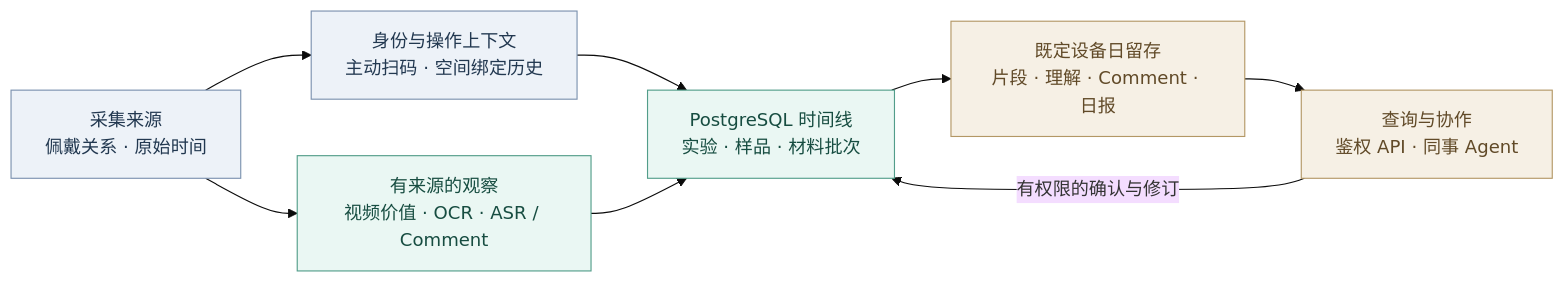
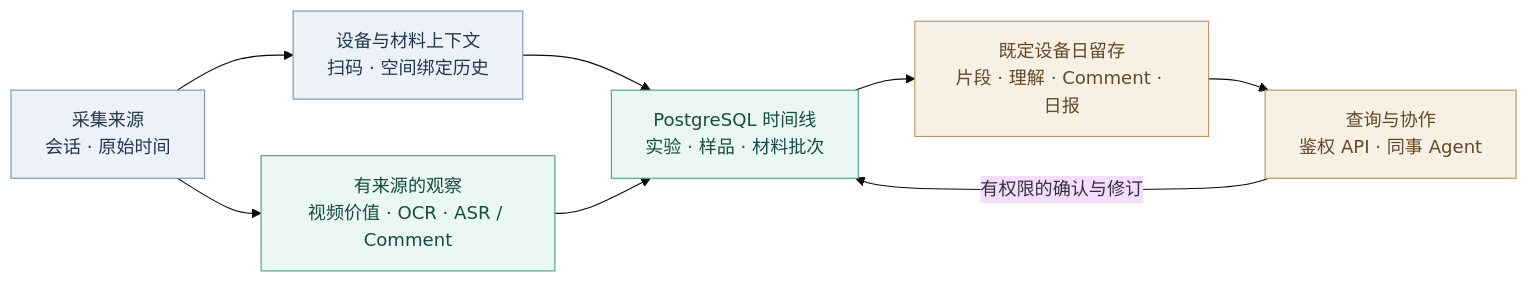
Before and after one commit to kealan-Jun/VisionCortex: the diagram in README.md, drawn with Mermaid (base theme). The commit also changed other lines of this file and 10 other files, not shown here.

````diff
--- a/README.md
+++ b/README.md
@@ -99,17 +99,17 @@
 ```mermaid
 flowchart LR
-    A[采集来源<br/>佩戴关系 · 原始时间] --> B[身份与操作上下文<br/>主动扫码 · 空间绑定历史]
+    A[采集来源<br/>会话 · 原始时间] --> B[设备与材料上下文<br/>扫码 · 空间绑定历史]
     A --> C[有来源的观察<br/>视频价值 · OCR · ASR / Comment]
     B --> D[PostgreSQL 时间线<br/>实验 · 样品 · 材料批次]
     C --> D
     D --> E[既定设备日留存<br/>片段 · 理解 · Comment · 日报]
     E --> F[查询与协作<br/>鉴权 API · 同事 Agent]
     F -->|有权限的确认与修订| D
 
     classDef source fill:#edf2f8,stroke:#7b91af,color:#223850
     classDef evidence fill:#eaf7f3,stroke:#529d8a,color:#174d41
     classDef store fill:#f6f0e5,stroke:#b39765,color:#614a28
     class A,B source
     class C,D evidence
     class E,F store
 ```
````
